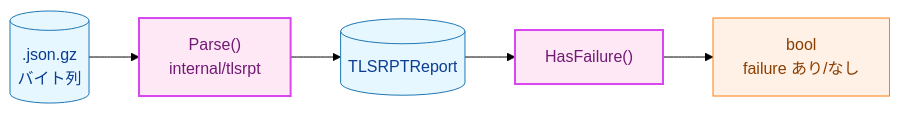
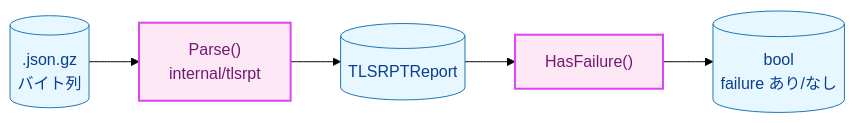
One commit to isseis/tlsrpt-digest changed the first of 7 diagrams in docs/tasks/0020_tlsrpt/02_architecture.md. Above: the diagram before and after it, drawn with Mermaid (forest theme). The commit also changed other lines of this file, not shown here.

First line of the commit message:
docs(task 0020): address copilot review comments on architecture document

````diff
--- a/docs/tasks/0020_tlsrpt/02_architecture.md
+++ b/docs/tasks/0020_tlsrpt/02_architecture.md
@@ -26,19 +26,19 @@
 ```mermaid
 flowchart LR
     classDef data fill:#e6f7ff,stroke:#1f77b4,stroke-width:1px,color:#0b3d91;
     classDef process fill:#fff1e6,stroke:#ff7f0e,stroke-width:1px,color:#8a3e00;
     classDef newpkg fill:#ffe8f5,stroke:#d946ef,stroke-width:2px,color:#701a75;
 
     GZ[(".json.gz<br>バイト列")]
     PARSE["Parse()<br>internal/tlsrpt"]
     RPT[("TLSRPTReport")]
     HF["HasFailure()"]
-    RESULT["bool<br>failure あり/なし"]
+    RESULT[("bool<br>failure あり/なし")]
 
     GZ --> PARSE --> RPT --> HF --> RESULT
 
     class GZ data
     class RPT data
     class PARSE,HF newpkg
-    class RESULT process
+    class RESULT data
 ```
````
